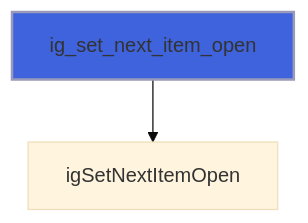
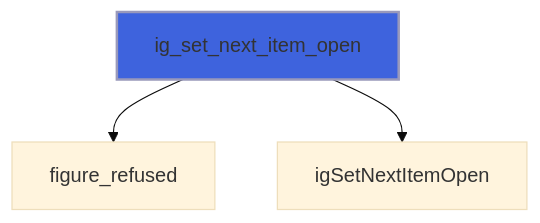
One commit to szaghi/figure changed the sixth of 26 diagrams in docs/api/src/lib/figure_group.md. Above: the diagram before and after it, drawn with Mermaid (base theme). The commit also changed other lines of this file and 10 other files, not shown here.

````diff
--- a/docs/api/src/lib/figure_group.md
+++ b/docs/api/src/lib/figure_group.md
@@ -198,5 +208,6 @@
 ```mermaid
 flowchart TD
+  ig_set_next_item_open["ig_set_next_item_open"] --> figure_refused["figure_refused"]
   ig_set_next_item_open["ig_set_next_item_open"] --> igSetNextItemOpen["igSetNextItemOpen"]
   style ig_set_next_item_open fill:#3e63dd,stroke:#99b,stroke-width:2px
 ```
````
